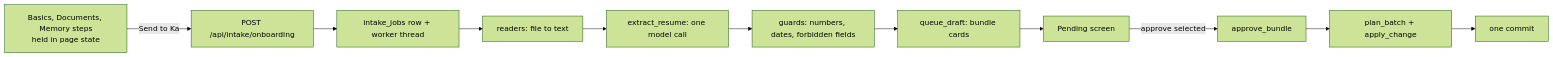
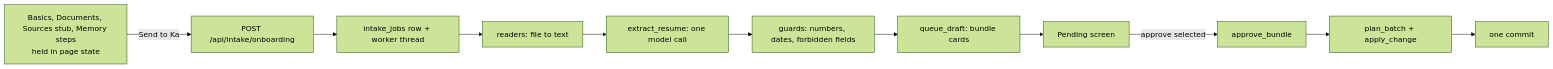
Before and after one commit to sarathkumar365/Ka: the diagram in context/flows/intake.md, drawn with Mermaid (forest theme). The commit also changed other lines of this file and 33 other files, not shown here.

````diff
--- a/context/flows/intake.md
+++ b/context/flows/intake.md
@@ -5,9 +5,9 @@
 ```mermaid
 flowchart LR
-    S[Basics, Documents, Memory steps<br/>held in page state] -->|Send to Ka| U[POST /api/intake/onboarding]
+    S[Basics, Documents, Sources stub, Memory steps<br/>held in page state] -->|Send to Ka| U[POST /api/intake/onboarding]
     U --> J[intake_jobs row + worker thread]
     J --> R[readers: file to text] --> E[extract_resume: one model call]
     E --> G[guards: numbers, dates, forbidden fields] --> Q[queue_draft: bundle cards]
     Q --> P[Pending screen]
     P -->|approve selected| A[approve_bundle] --> B[plan_batch + apply_change] --> C[one commit]
 ```
````
